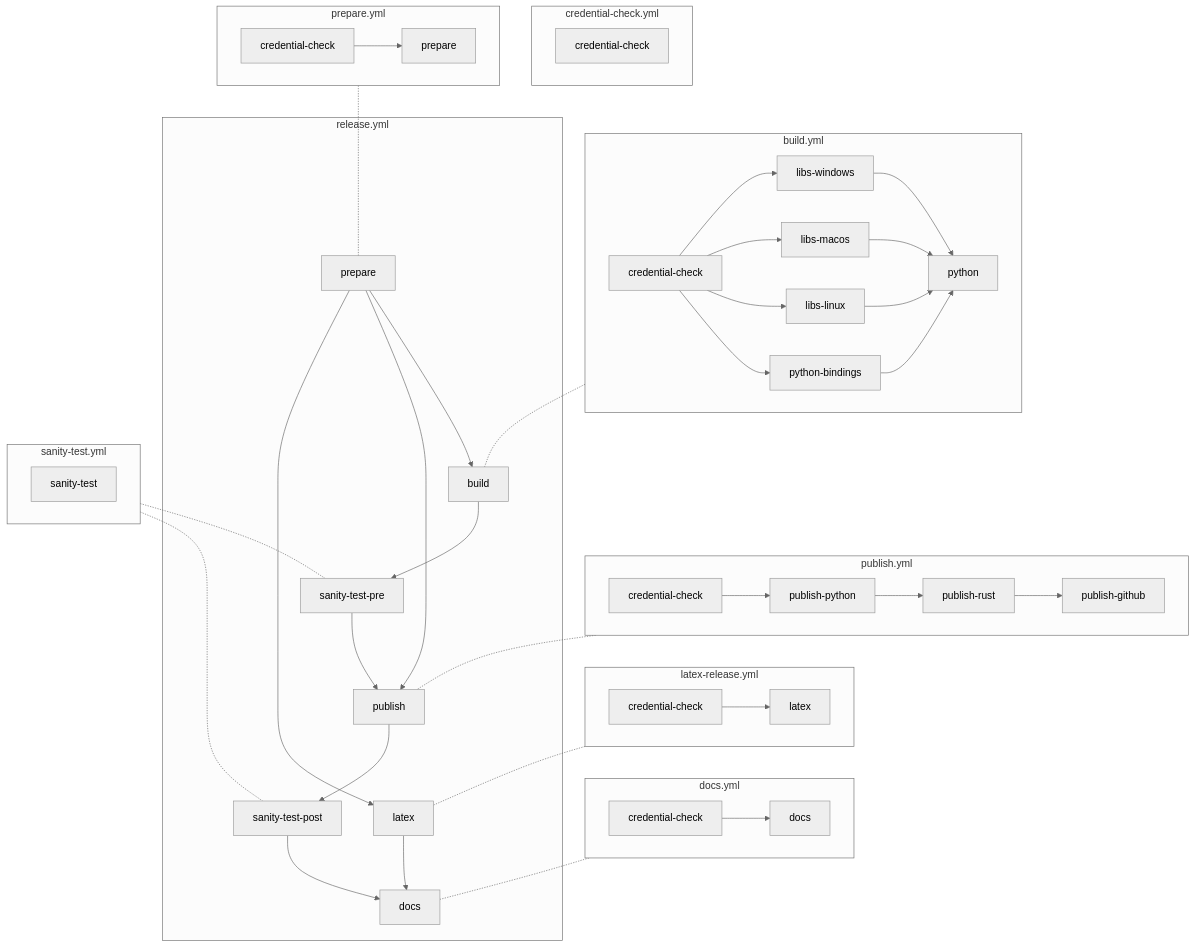
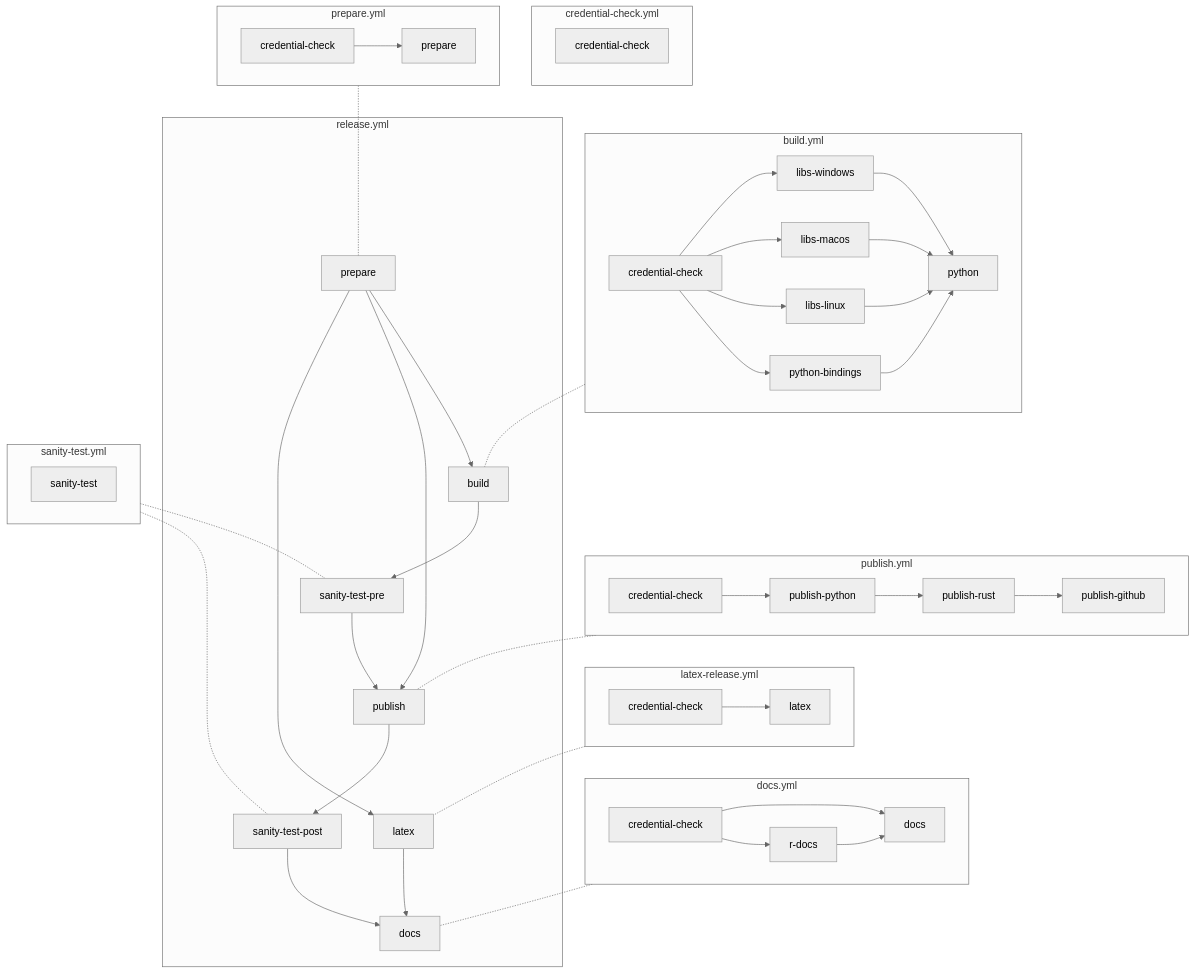
The diagram in .github/workflows/README.md (opendp/opendp), drawn with Mermaid (neutral theme) before and after one commit. The commit also changed 1 other file, not shown here.

Commit message:
make the dependency on r-docs explicit... at the cost of slowing down the docs build

````diff
--- a/.github/workflows/README.md
+++ b/.github/workflows/README.md
@@ -27,53 +27,55 @@
 ```mermaid
 graph TD
     subgraph build.yml
         bcc[credential-check] --> libs-windows --> python
         bcc[credential-check] --> libs-macos --> python
         bcc[credential-check] --> libs-linux --> python
         bcc[credential-check] --> python-bindings --> python
     end
     build.yml -.- build
 
     subgraph credential-check.yml
        cccc[credential-check]
     end
     %% Adds a lot of crossing lines to the graph!
     %% credential-check.yml -.- bcc[credential-check]
     %% credential-check.yml -.- dcc[credential-check]
     %% credential-check.yml -.- lrcc[credential-check]
     %% credential-check.yml -.- lcc[credential-check]
     %% credential-check.yml -.- precc[credential-check]
     %% credential-check.yml -.- pubcc[credential-check]
 
     subgraph docs.yml
         dcc[credential-check] --> docs
+        dcc[credential-check] --> r-docs
+        r-docs --> docs
     end
     docs.yml -.- rdocs[docs]
 
     subgraph latex-release.yml
         lrcc[credential-check] --> latex
     end
     latex-release.yml -.- rlatex[latex]
 
     subgraph prepare.yml
         precc[credential-check] --> prepare
     end
     prepare.yml -.- rpre[prepare]
 
     subgraph publish.yml
         pubcc[credential-check] --> publish-python --> publish-rust --> publish-github
     end
     publish.yml -.- publish
 
     subgraph release.yml
         rpre[prepare] --> build --> sanity-test-pre --> publish
         rpre[prepare] --> publish --> sanity-test-post --> rdocs[docs]
         rpre[prepare] --> rlatex[latex] --> rdocs[docs]
     end
 
     subgraph sanity-test.yml
         sanity-test
     end
     sanity-test.yml -.- sanity-test-pre
     sanity-test.yml -.- sanity-test-post
 ```
````
